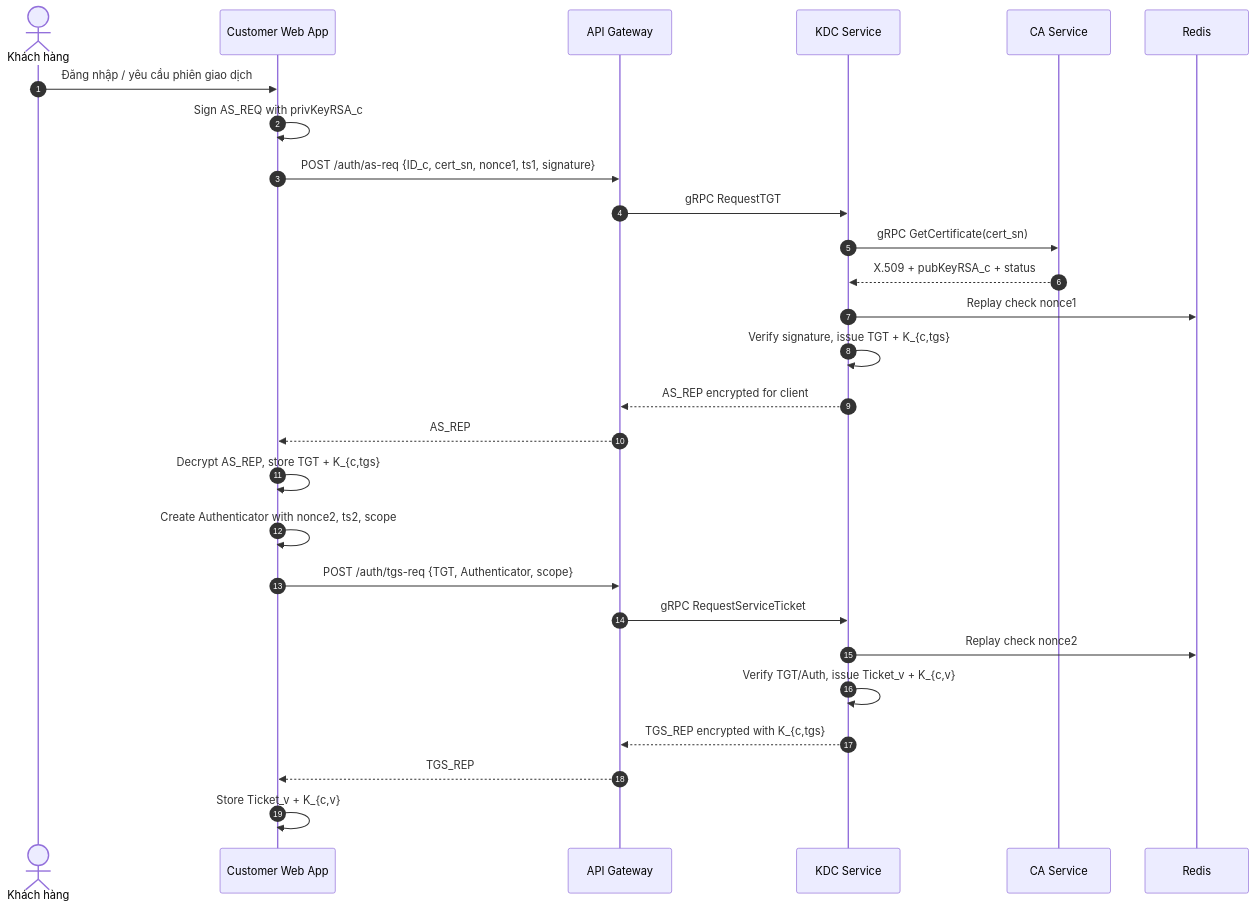
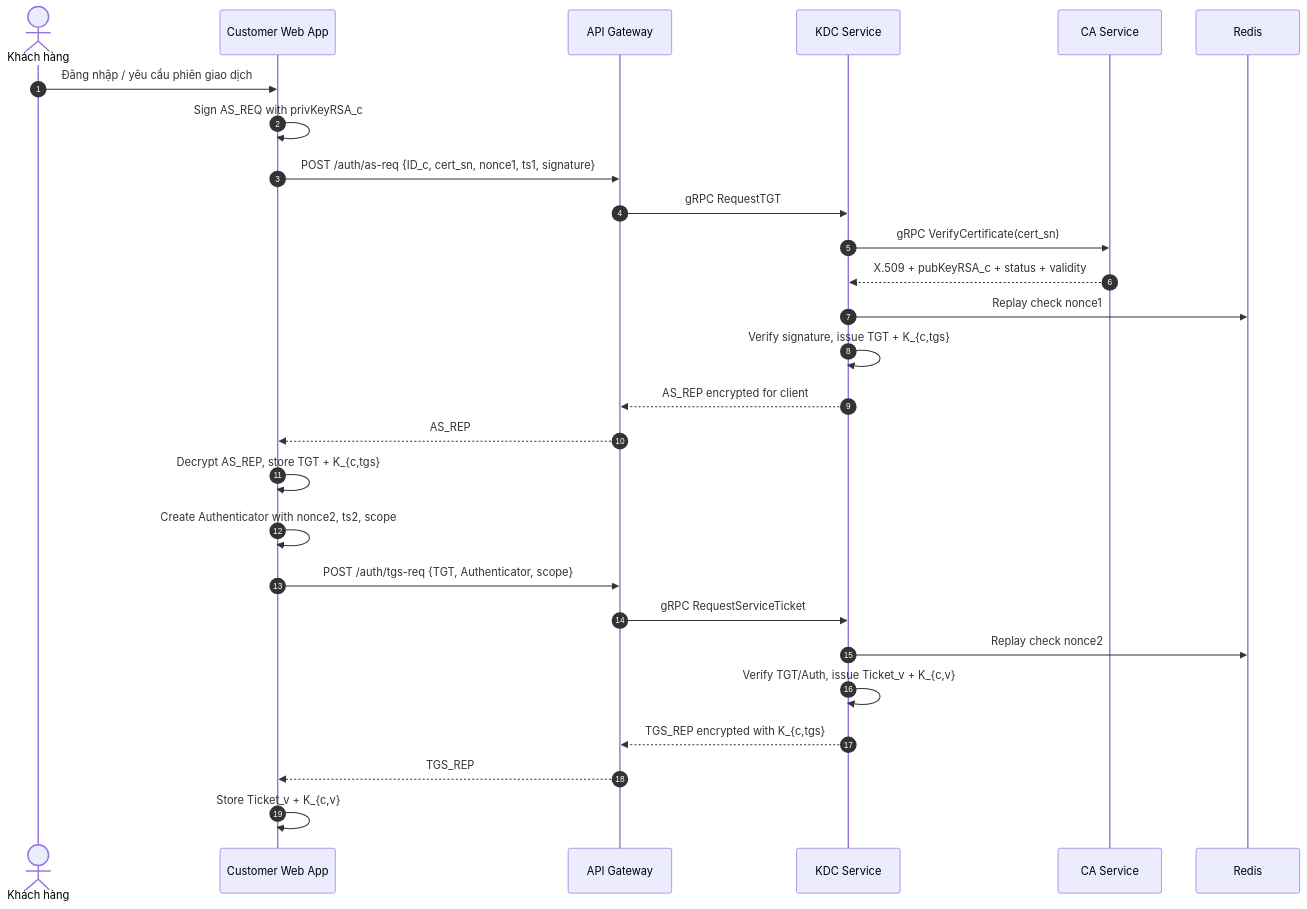
One commit to TNTT2305hcmus/mini-banking-app changed the fourth of 6 diagrams in blueprint/design.md. Above: the diagram before and after it, drawn with Mermaid. The commit also changed other lines of this file and 25 other files, not shown here.

````diff
--- a/blueprint/design.md
+++ b/blueprint/design.md
@@ -404,31 +411,31 @@
 ```mermaid
 sequenceDiagram
     autonumber
     actor C as Khách hàng
     participant Web as Customer Web App
     participant G as API Gateway
     participant KDC as KDC Service
     participant CA as CA Service
     participant R as Redis
 
     C->>Web: Đăng nhập / yêu cầu phiên giao dịch
     Web->>Web: Sign AS_REQ with privKeyRSA_c
     Web->>G: POST /auth/as-req {ID_c, cert_sn, nonce1, ts1, signature}
     G->>KDC: gRPC RequestTGT
-    KDC->>CA: gRPC GetCertificate(cert_sn)
-    CA-->>KDC: X.509 + pubKeyRSA_c + status
+    KDC->>CA: gRPC VerifyCertificate(cert_sn)
+    CA-->>KDC: X.509 + pubKeyRSA_c + status + validity
     KDC->>R: Replay check nonce1
     KDC->>KDC: Verify signature, issue TGT + K_{c,tgs}
     KDC-->>G: AS_REP encrypted for client
     G-->>Web: AS_REP
     Web->>Web: Decrypt AS_REP, store TGT + K_{c,tgs}
 
     Web->>Web: Create Authenticator with nonce2, ts2, scope
     Web->>G: POST /auth/tgs-req {TGT, Authenticator, scope}
     G->>KDC: gRPC RequestServiceTicket
     KDC->>R: Replay check nonce2
     KDC->>KDC: Verify TGT/Auth, issue Ticket_v + K_{c,v}
     KDC-->>G: TGS_REP encrypted with K_{c,tgs}
     G-->>Web: TGS_REP
     Web->>Web: Store Ticket_v + K_{c,v}
 ```
````
